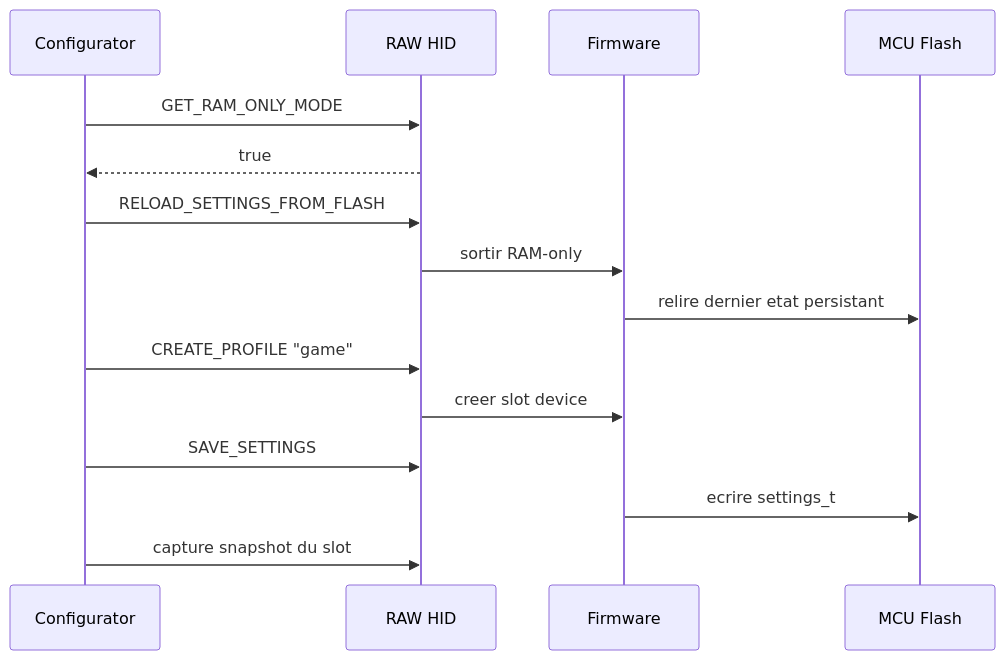
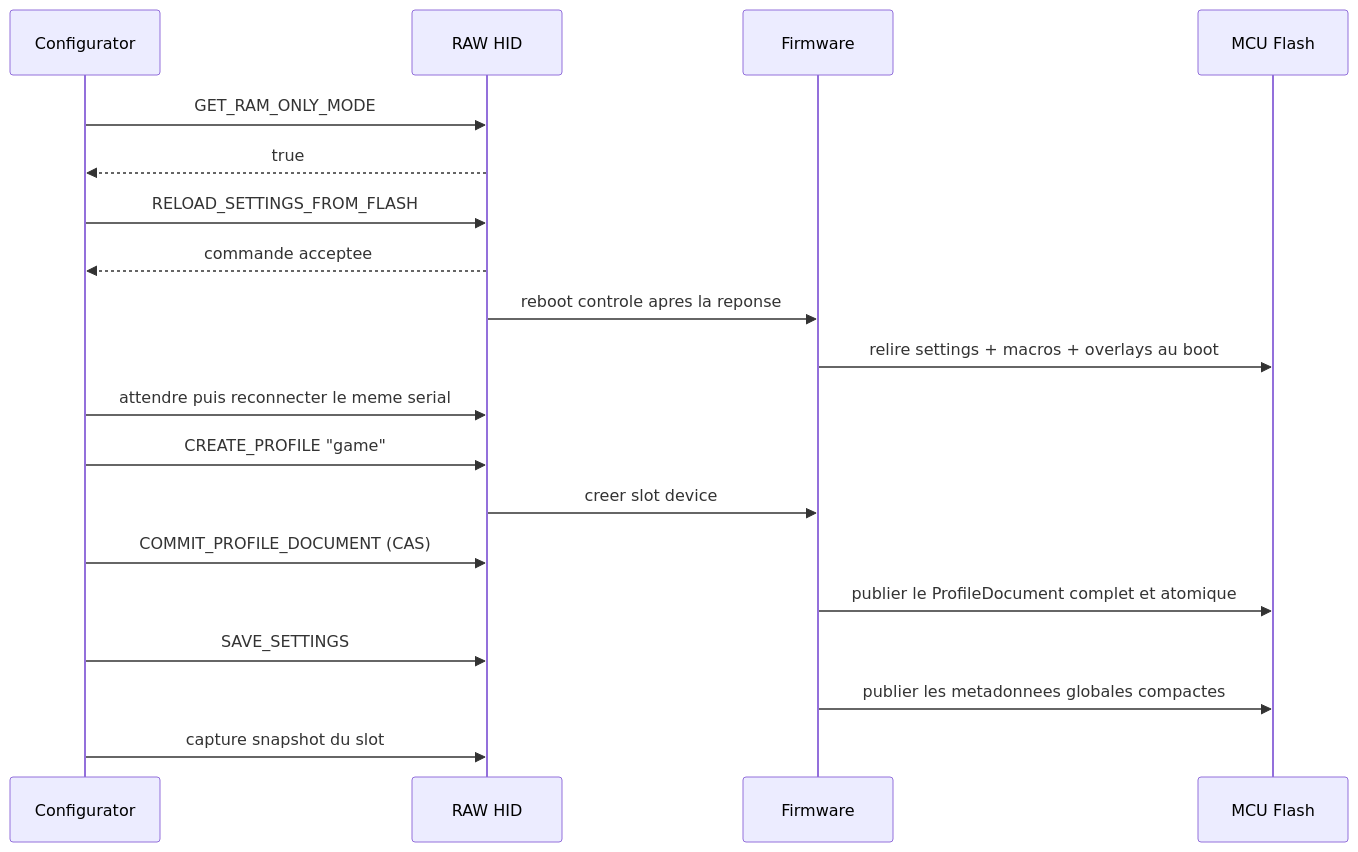
One commit to Fefe-Nayz/kbhe-monorepo changed the sixth of 8 diagrams in docs/firmware/profiles.md. Above: the diagram before and after it, drawn with Mermaid. The commit also changed other lines of this file and 189 other files, not shown here.

````diff
--- a/docs/firmware/profiles.md
+++ b/docs/firmware/profiles.md
@@ -132,18 +135,22 @@
 ```mermaid
 sequenceDiagram
   participant UI as Configurator
   participant HID as RAW HID
   participant FW as Firmware
   participant Flash as MCU Flash
 
   UI->>HID: GET_RAM_ONLY_MODE
   HID-->>UI: true
   UI->>HID: RELOAD_SETTINGS_FROM_FLASH
-  HID->>FW: sortir RAM-only
-  FW->>Flash: relire dernier etat persistant
+  HID-->>UI: commande acceptee
+  HID->>FW: reboot controle apres la reponse
+  FW->>Flash: relire settings + macros + overlays au boot
+  UI->>HID: attendre puis reconnecter le meme serial
   UI->>HID: CREATE_PROFILE "game"
   HID->>FW: creer slot device
+  UI->>HID: COMMIT_PROFILE_DOCUMENT (CAS)
+  FW->>Flash: publier le ProfileDocument complet et atomique
   UI->>HID: SAVE_SETTINGS
-  FW->>Flash: ecrire settings_t
+  FW->>Flash: publier les metadonnees globales compactes
   UI->>HID: capture snapshot du slot
 ```
````
